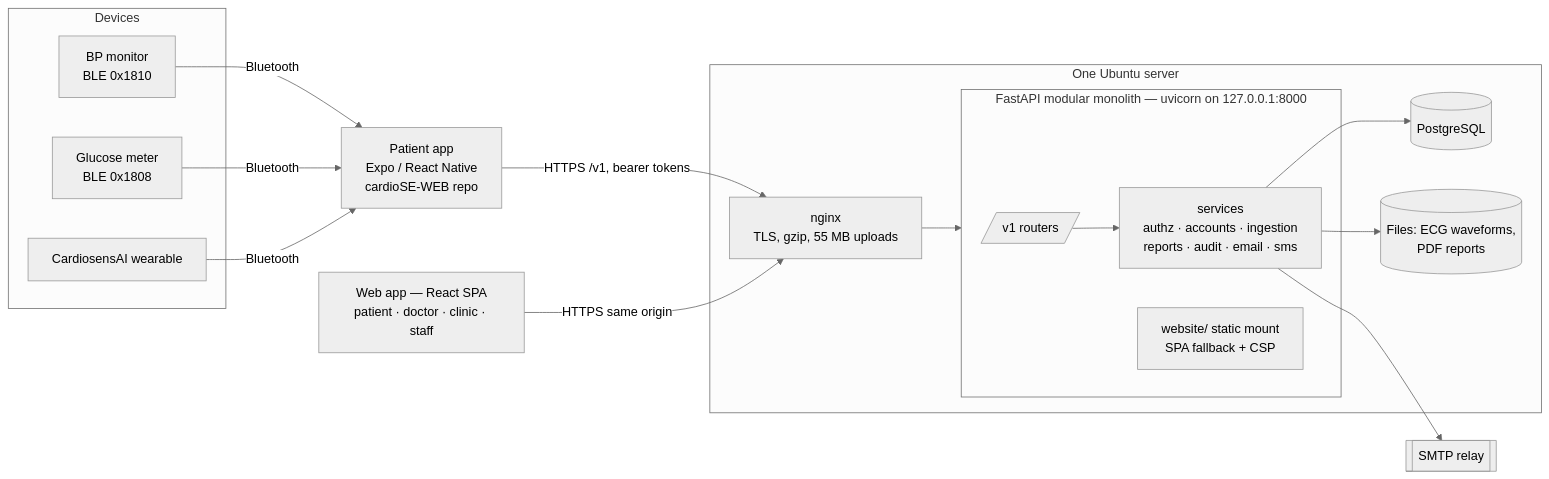
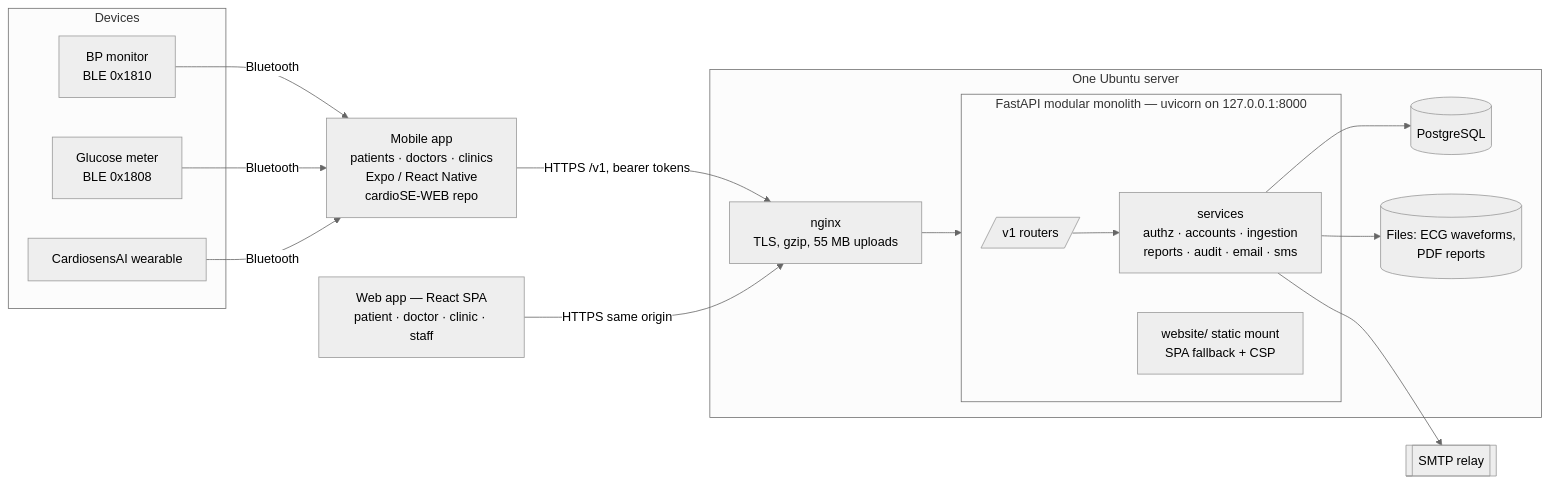
The first of 4 diagrams in README.md (mazumdersayon-del/cardiosensAI_backend), drawn with Mermaid (neutral theme) before and after one commit. The commit also changed other lines of this file and 59 other files, not shown here.

````diff
--- a/README.md
+++ b/README.md
@@ -415,28 +460,28 @@
 ```mermaid
 flowchart LR
   subgraph Devices
     BP[BP monitor<br/>BLE 0x1810]
     GL[Glucose meter<br/>BLE 0x1808]
     WR[CardiosensAI wearable]
   end
-  App[Patient app<br/>Expo / React Native<br/>cardioSE-WEB repo]
+  App[Mobile app<br/>patients · doctors · clinics<br/>Expo / React Native<br/>cardioSE-WEB repo]
   Web[Web app — React SPA<br/>patient · doctor · clinic · staff]
   subgraph Server[One Ubuntu server]
     NG[nginx<br/>TLS, gzip, 55 MB uploads]
     subgraph API[FastAPI modular monolith — uvicorn on 127.0.0.1:8000]
       R[/v1 routers/]
       S[services<br/>authz · accounts · ingestion<br/>reports · audit · email · sms]
       SITE[website/ static mount<br/>SPA fallback + CSP]
     end
     PG[(PostgreSQL)]
     FS[(Files: ECG waveforms,<br/>PDF reports)]
   end
   SMTP[[SMTP relay]]
   BP & GL & WR -- Bluetooth --> App
   App -- HTTPS /v1, bearer tokens --> NG
   Web -- HTTPS same origin --> NG
   NG --> API
   R --> S --> PG
   S --> FS
   S --> SMTP
 ```
````
